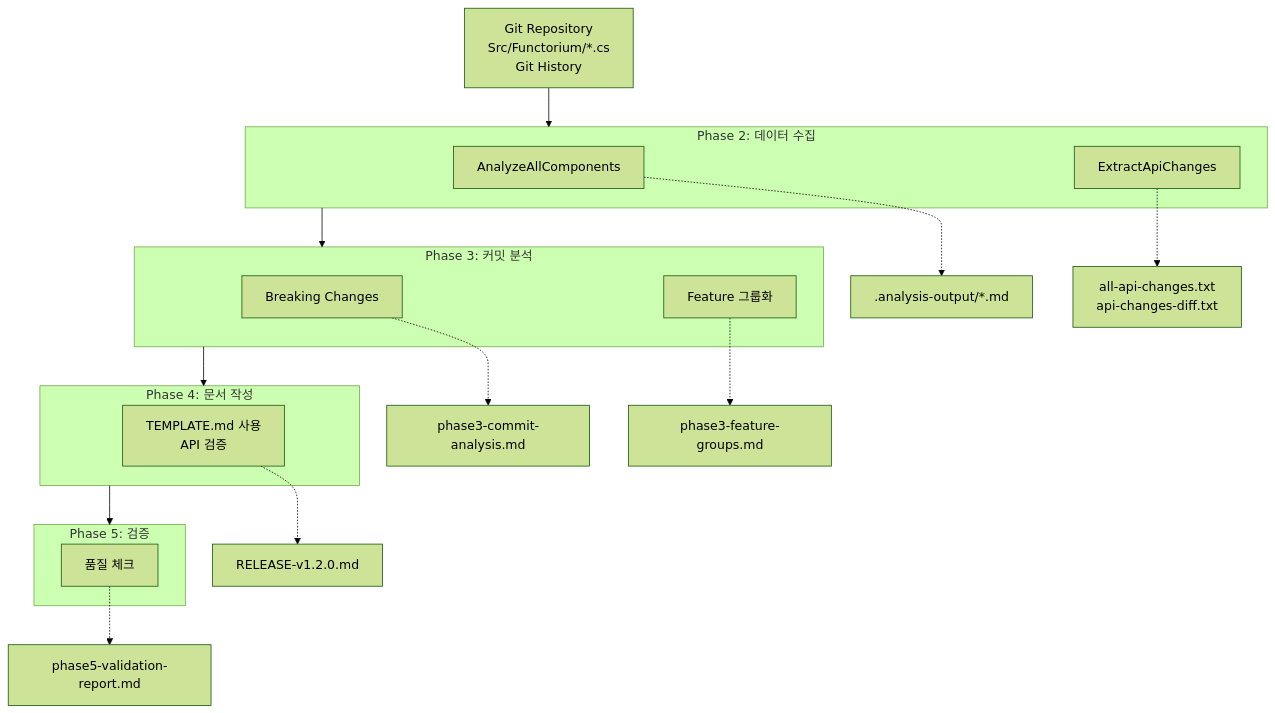
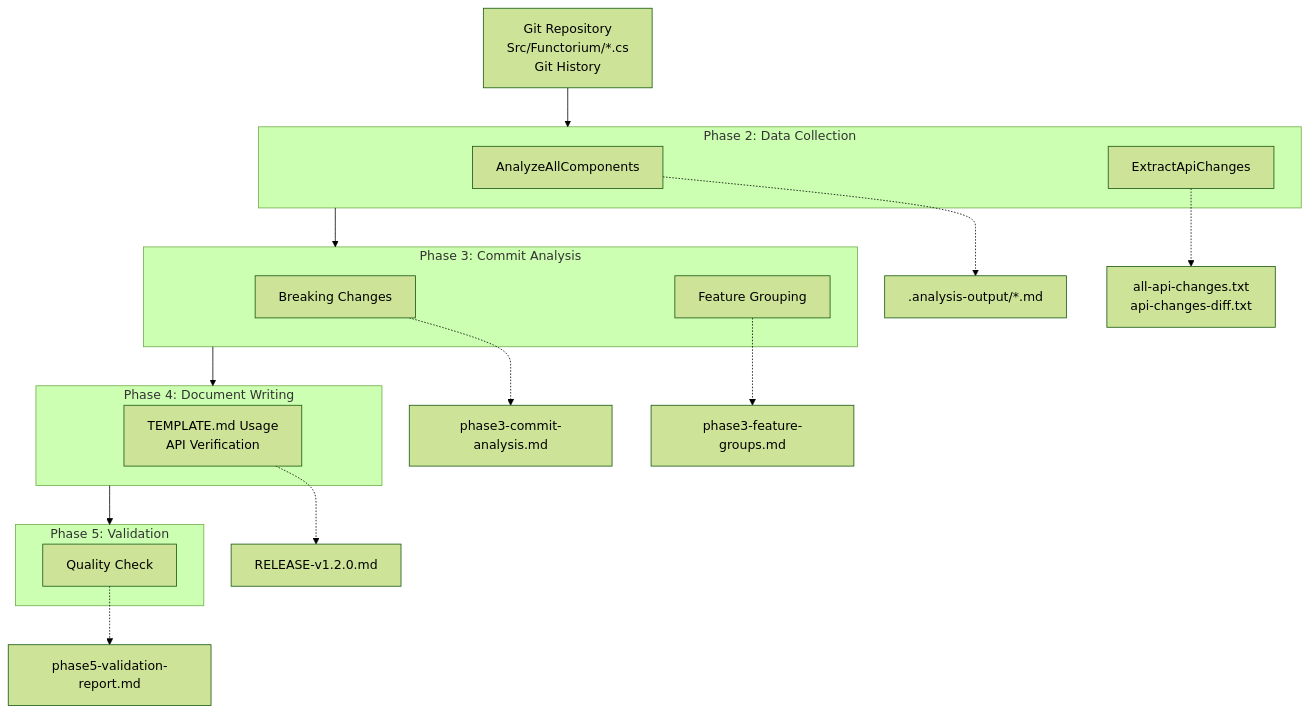
Before and after one commit to hhko/Functorium: the third of 3 diagrams in Docs.Site/src/content/docs/tutorials/release-notes-claude/part0-introduction/02-automation-overview.md, drawn with Mermaid (forest theme). The commit also changed other lines of this file and 25 other files, not shown here.

````diff
--- a/Docs.Site/src/content/docs/tutorials/release-notes-claude/part0-introduction/02-automation-overview.md
+++ b/Docs.Site/src/content/docs/tutorials/release-notes-claude/part0-introduction/02-automation-overview.md
@@ -150,36 +150,36 @@
 ```mermaid
 flowchart TB
   Git["Git Repository<br/>Src/Functorium/*.cs<br/>Git History"]
 
-  subgraph Ph2["Phase 2: 데이터 수집"]
+  subgraph Ph2["Phase 2: Data Collection"]
     Analyze["AnalyzeAllComponents"]
     Extract["ExtractApiChanges"]
   end
 
-  subgraph Ph3["Phase 3: 커밋 분석"]
+  subgraph Ph3["Phase 3: Commit Analysis"]
     BC["Breaking Changes"]
-    FG["Feature 그룹화"]
+    FG["Feature Grouping"]
   end
 
-  subgraph Ph4["Phase 4: 문서 작성"]
-    Template["TEMPLATE.md 사용<br/>API 검증"]
+  subgraph Ph4["Phase 4: Document Writing"]
+    Template["TEMPLATE.md Usage<br/>API Verification"]
   end
 
-  subgraph Ph5["Phase 5: 검증"]
-    QC["품질 체크"]
+  subgraph Ph5["Phase 5: Validation"]
+    QC["Quality Check"]
   end
 
   Git --> Ph2
   Analyze -.-> O2A[".analysis-output/*.md"]
   Extract -.-> O2B["all-api-changes.txt<br/>api-changes-diff.txt"]
 
   Ph2 --> Ph3
   BC -.-> O3A["phase3-commit-analysis.md"]
   FG -.-> O3B["phase3-feature-groups.md"]
 
   Ph3 --> Ph4
   Template -.-> O4["RELEASE-v1.2.0.md"]
 
   Ph4 --> Ph5
   QC -.-> O5["phase5-validation-report.md"]
 ```
````
